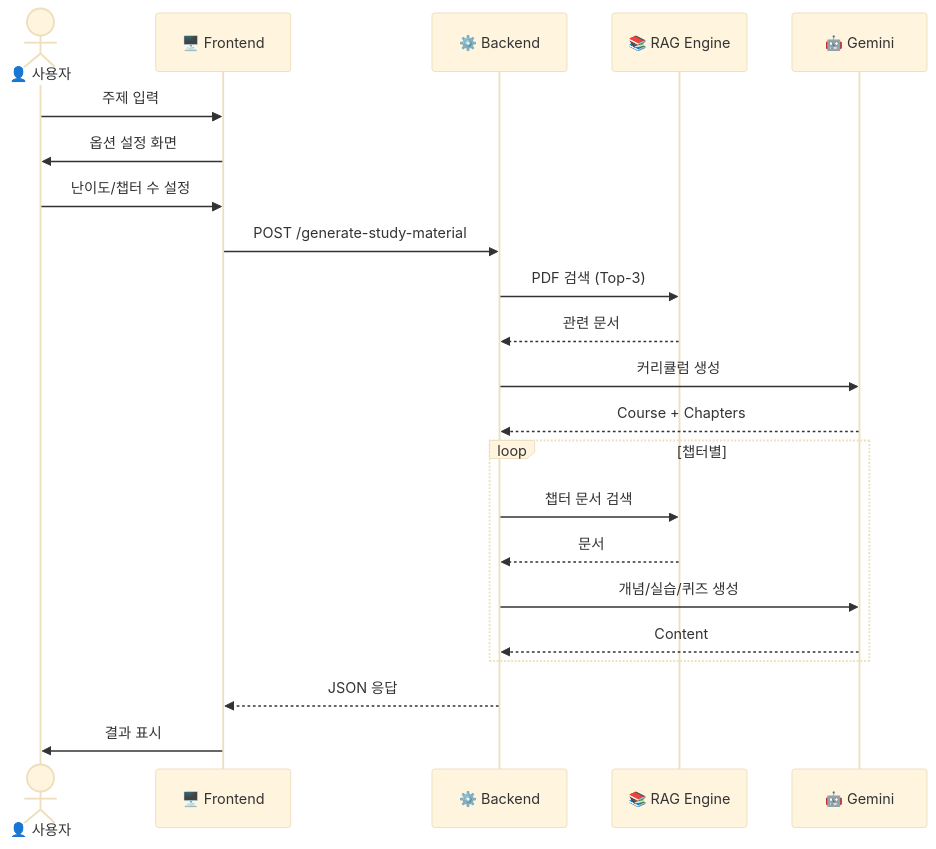
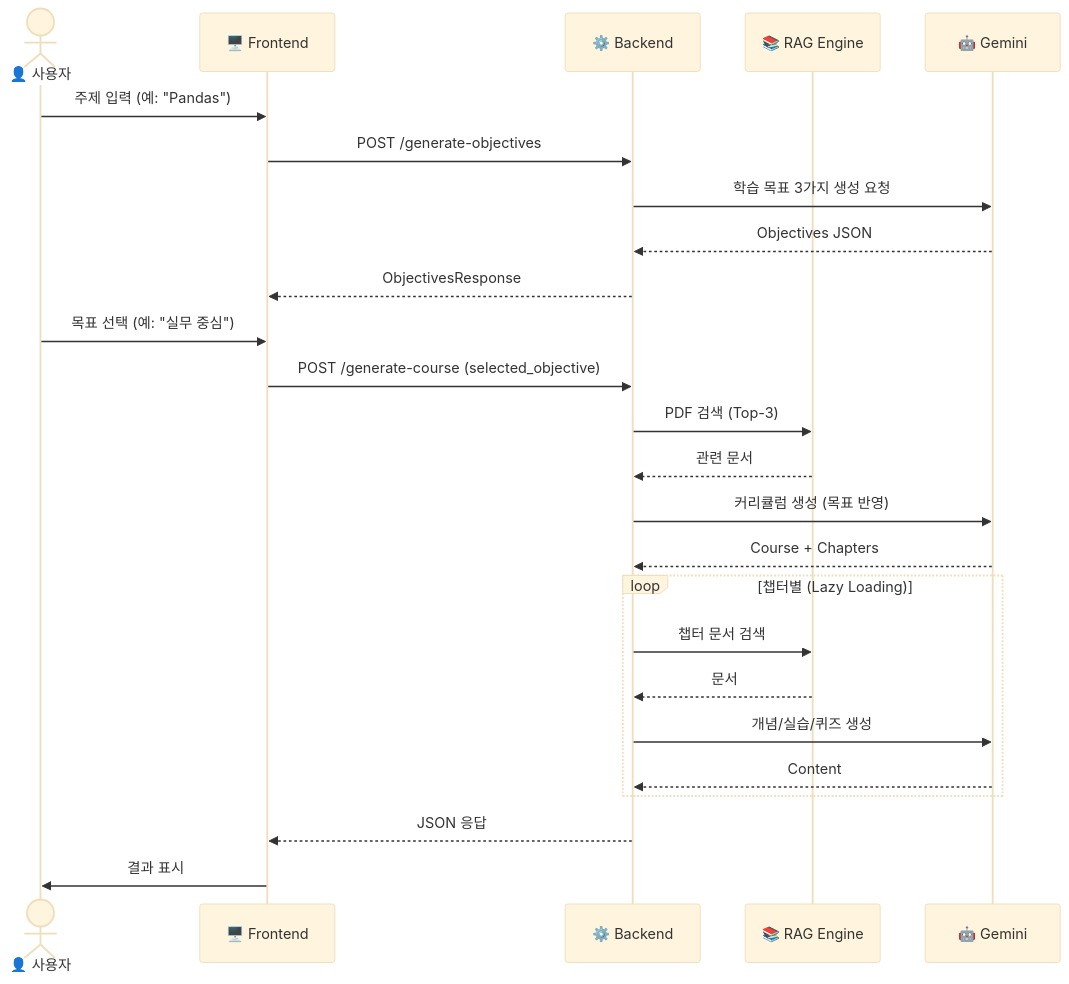
The first of 10 diagrams in plans/pop_pins_ii_sequence_diagram.md (I-nkamanda/poppins), drawn with Mermaid (base theme) before and after one commit. The commit also changed other lines of this file and 15 other files, not shown here.

````diff
--- a/plans/pop_pins_ii_sequence_diagram.md
+++ b/plans/pop_pins_ii_sequence_diagram.md
@@ -15,28 +16,32 @@
 ```mermaid
 sequenceDiagram
     actor User as 👤 사용자
     participant UI as 🖥️ Frontend
     participant API as ⚙️ Backend
     participant RAG as 📚 RAG Engine
     participant AI as 🤖 Gemini
     
-    User->>UI: 주제 입력
-    UI->>User: 옵션 설정 화면
-    User->>UI: 난이도/챕터 수 설정
-    UI->>API: POST /generate-study-material
+    User->>UI: 주제 입력 (예: "Pandas")
+    UI->>API: POST /generate-objectives
+    API->>AI: 학습 목표 3가지 생성 요청
+    AI-->>API: Objectives JSON
+    API-->>UI: ObjectivesResponse
+    
+    User->>UI: 목표 선택 (예: "실무 중심")
+    UI->>API: POST /generate-course (selected_objective)
     
     API->>RAG: PDF 검색 (Top-3)
     RAG-->>API: 관련 문서
-    API->>AI: 커리큘럼 생성
+    API->>AI: 커리큘럼 생성 (목표 반영)
     AI-->>API: Course + Chapters
     
-    loop 챕터별
+    loop 챕터별 (Lazy Loading)
         API->>RAG: 챕터 문서 검색
         RAG-->>API: 문서
         API->>AI: 개념/실습/퀴즈 생성
         AI-->>API: Content
     end
     
     API-->>UI: JSON 응답
     UI->>User: 결과 표시
 ```
````
